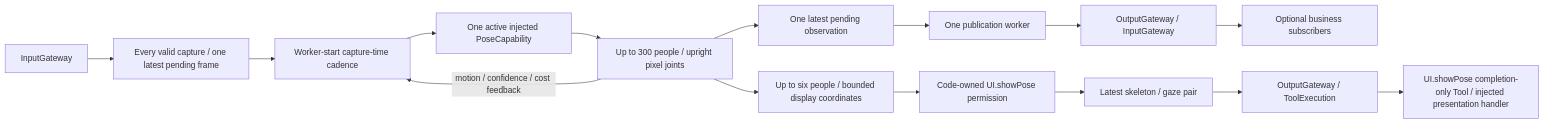
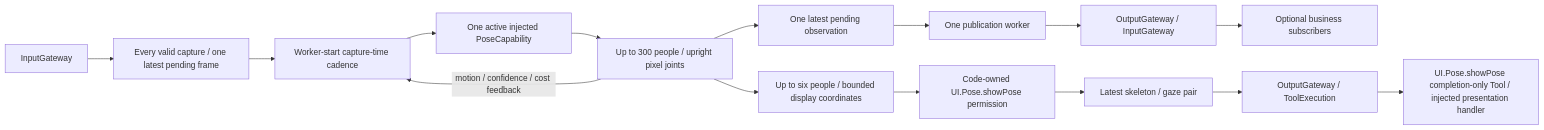
One commit to devilyouwei/MobileHarness changed the first of 7 diagrams in MobileHarness/Agents/VisionPerception/README.md. Above: the diagram before and after it, drawn with Mermaid. The commit also changed other lines of this file and 238 other files, not shown here.

````diff
--- a/MobileHarness/Agents/VisionPerception/README.md
+++ b/MobileHarness/Agents/VisionPerception/README.md
@@ -5,17 +5,17 @@
 ```mermaid
 flowchart LR
     InputGateway --> Latest[Every valid capture / one latest pending frame]
     Latest --> Cadence[Worker-start capture-time cadence]
     Cadence --> Model[One active injected PoseCapability]
     Model --> Observation[Up to 300 people / upright pixel joints]
     Observation -->|motion / confidence / cost feedback| Cadence
     Observation --> Pending[One latest pending observation]
     Pending --> Publisher[One publication worker]
     Publisher --> Publication[OutputGateway / InputGateway]
     Publication --> Subscribers[Optional business subscribers]
     Observation --> Overlay[Up to six people / bounded display coordinates]
-    Overlay --> Generator[Code-owned UI.showPose permission]
+    Overlay --> Generator[Code-owned UI.Pose.showPose permission]
     Generator --> Output[Latest skeleton / gaze pair]
     Output --> Gateway[OutputGateway / ToolExecution]
-    Gateway --> Tool[UI.showPose completion-only Tool / injected presentation handler]
+    Gateway --> Tool[UI.Pose.showPose completion-only Tool / injected presentation handler]
 ```
````
